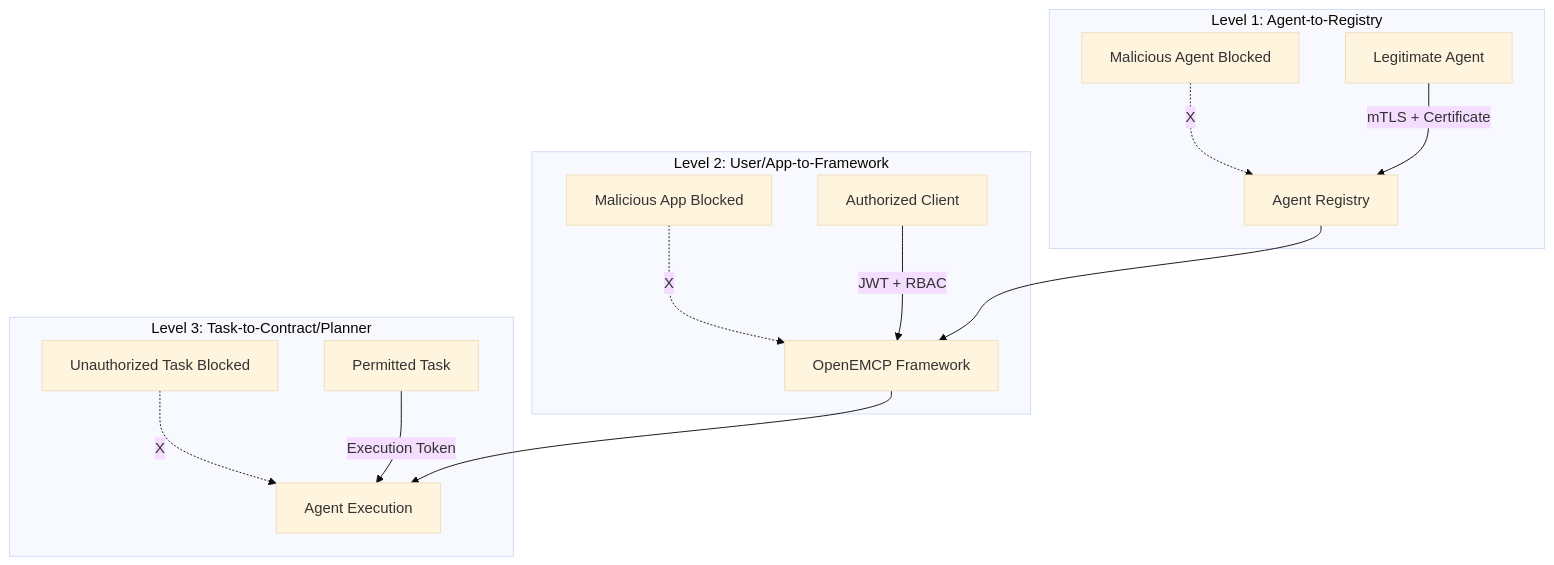
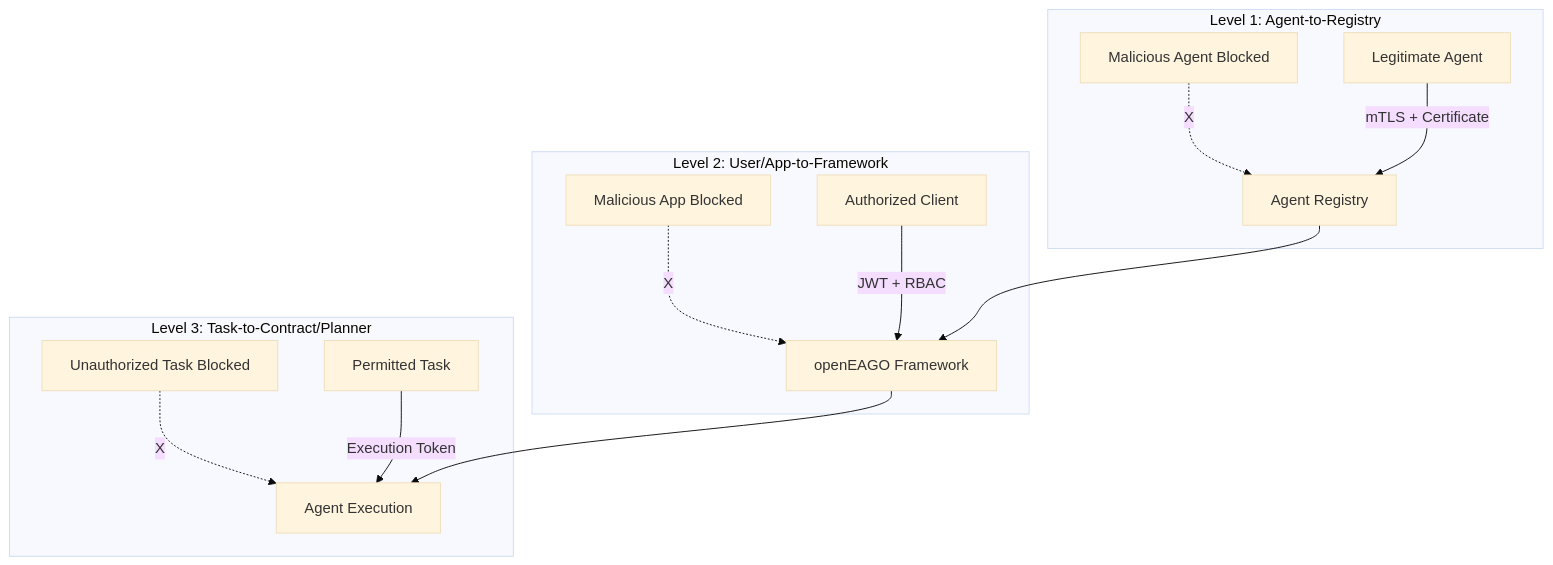
One commit to finos-labs/open-eago changed the first of 2 diagrams in docs/overview/identity.md. Above: the diagram before and after it, drawn with Mermaid (base theme). The commit also changed other lines of this file and 39 other files, not shown here.

````diff
--- a/docs/overview/identity.md
+++ b/docs/overview/identity.md
@@ -45,20 +45,20 @@
 ```mermaid
 flowchart TD
     subgraph "Level 1: Agent-to-Registry"
         A[Malicious Agent Blocked] -.->|X| B[Agent Registry]
         C[Legitimate Agent] -->|mTLS + Certificate| B
     end
     
     subgraph "Level 2: User/App-to-Framework" 
-        D[Malicious App Blocked] -.->|X| E[OpenEMCP Framework]
+        D[Malicious App Blocked] -.->|X| E[openEAGO Framework]
         F[Authorized Client] -->|JWT + RBAC| E
     end
     
     subgraph "Level 3: Task-to-Contract/Planner"
         G[Unauthorized Task Blocked] -.->|X| H[Agent Execution]
         I[Permitted Task] -->|Execution Token| H
     end
     
     B --> E
     E --> H
 ```
````
